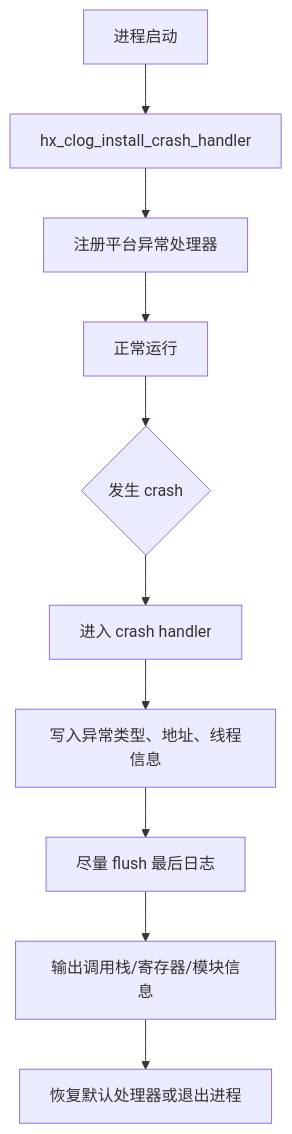
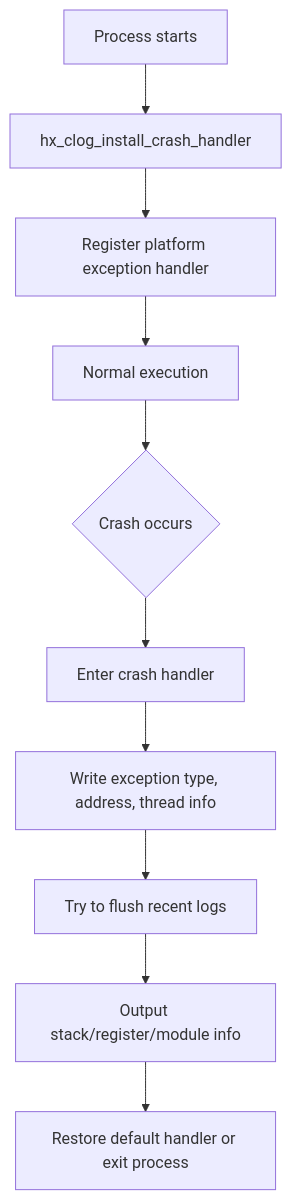
Before and after one commit to HuangX666/hx_clog: the seventh of 12 diagrams in README.md, drawn with Mermaid. The commit also changed other lines of this file and 9 other files, not shown here.

````diff
--- a/README.md
+++ b/README.md
@@ -693,12 +696,12 @@
 ```mermaid
 flowchart TD
-    A["进程启动"] --> B["hx_clog_install_crash_handler"]
-    B --> C["注册平台异常处理器"]
-    C --> D["正常运行"]
-    D --> E{"发生 crash"}
-    E --> F["进入 crash handler"]
-    F --> G["写入异常类型、地址、线程信息"]
-    G --> H["尽量 flush 最后日志"]
-    H --> I["输出调用栈/寄存器/模块信息"]
-    I --> J["恢复默认处理器或退出进程"]
+    A["Process starts"] --> B["hx_clog_install_crash_handler"]
+    B --> C["Register platform exception handler"]
+    C --> D["Normal execution"]
+    D --> E{"Crash occurs"}
+    E --> F["Enter crash handler"]
+    F --> G["Write exception type, address, thread info"]
+    G --> H["Try to flush recent logs"]
+    H --> I["Output stack/register/module info"]
+    I --> J["Restore default handler or exit process"]
 ```
````
